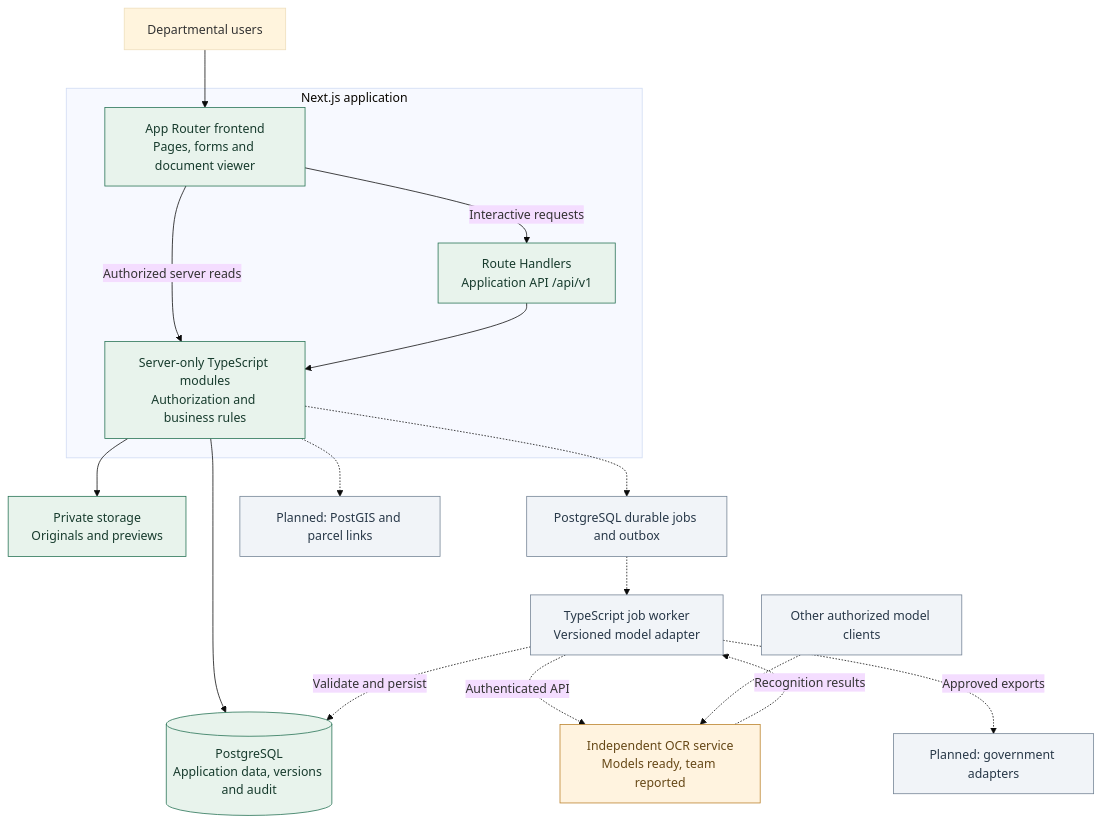
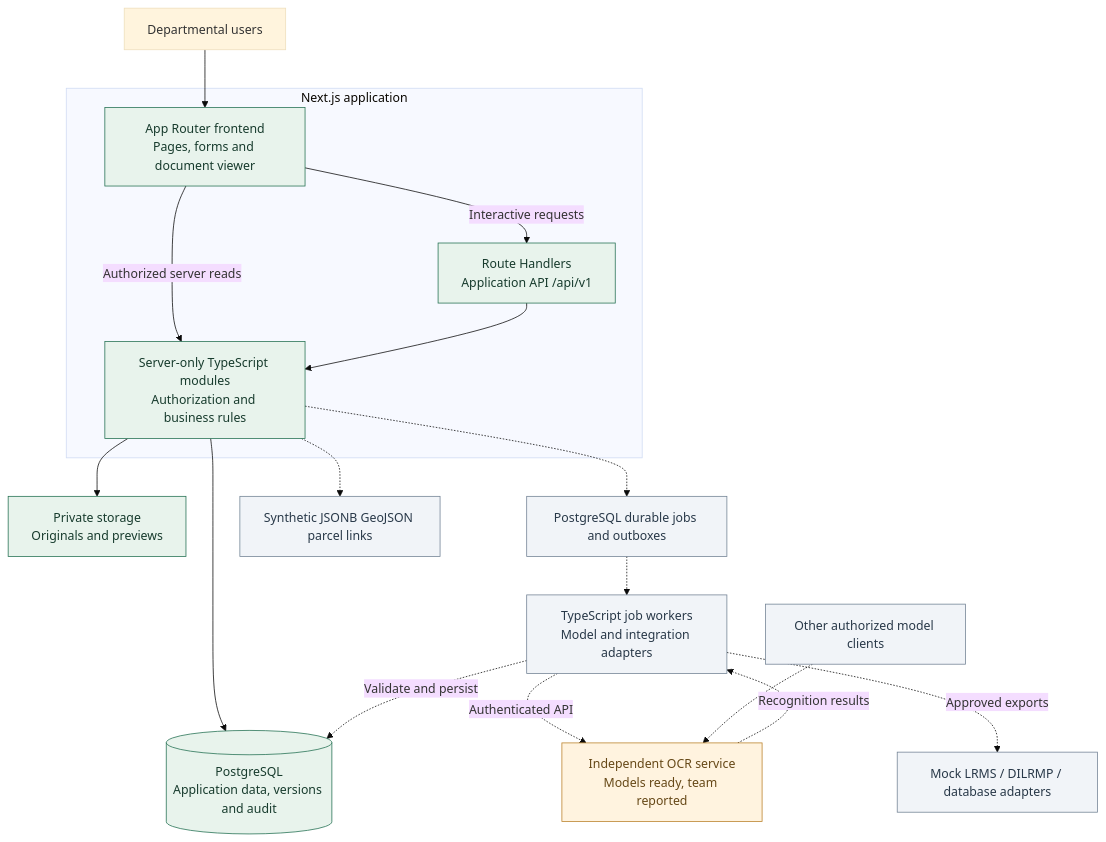
Before and after one commit to unseenap/Land_dizitization: the first of 3 diagrams in README.md, drawn with Mermaid (base theme). The commit also changed other lines of this file and 67 other files, not shown here.

````diff
--- a/README.md
+++ b/README.md
@@ -46,37 +48,37 @@
 ```mermaid
 flowchart TB
     Users["Departmental users"]
     subgraph App["Next.js application"]
         UI["App Router frontend<br/>Pages, forms and document viewer"]
         API["Route Handlers<br/>Application API /api/v1"]
         Services["Server-only TypeScript modules<br/>Authorization and business rules"]
         UI -->|Interactive requests| API
         UI -->|Authorized server reads| Services
         API --> Services
     end
     DB[("PostgreSQL<br/>Application data, versions and audit")]
     Storage["Private storage<br/>Originals and previews"]
-    Jobs["PostgreSQL durable jobs and outbox"]
-    Worker["TypeScript job worker<br/>Versioned model adapter"]
+    Jobs["PostgreSQL durable jobs and outboxes"]
+    Worker["TypeScript job workers<br/>Model and integration adapters"]
     Model["Independent OCR service<br/>Models ready, team reported"]
     Clients["Other authorized model clients"]
-    GIS["Planned: PostGIS and parcel links"]
-    Government["Planned: government adapters"]
+    GIS["Synthetic JSONB GeoJSON parcel links"]
+    Government["Mock LRMS / DILRMP / database adapters"]
     Users --> UI
     Services --> DB
     Services --> Storage
     Services -.-> Jobs
     Jobs -.-> Worker
     Worker -.->|Authenticated API| Model
     Model -.->|Recognition results| Worker
     Clients -.-> Model
     Worker -.->|Validate and persist| DB
     Services -.-> GIS
     Worker -.->|Approved exports| Government
     classDef implemented fill:#e8f3ec,stroke:#247052,color:#173b2d;
     classDef planned fill:#f1f4f8,stroke:#728294,color:#283848;
     classDef model fill:#fff3df,stroke:#ba8129,color:#664817;
     class UI,API,Services,DB,Storage implemented;
     class Jobs,Worker,GIS,Government,Clients planned;
     class Model model;
 ```
````
